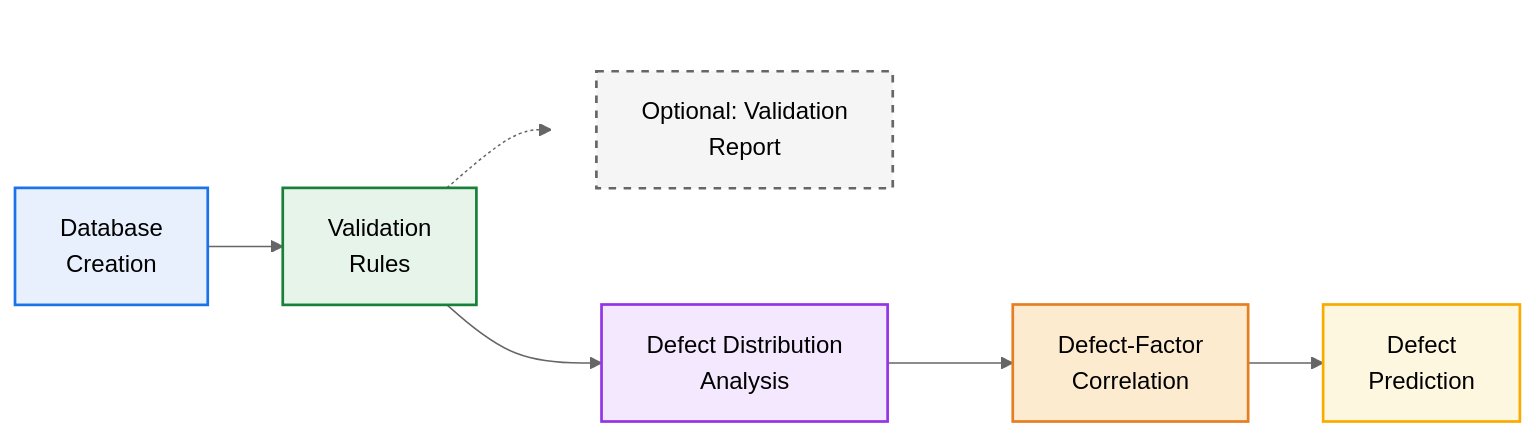
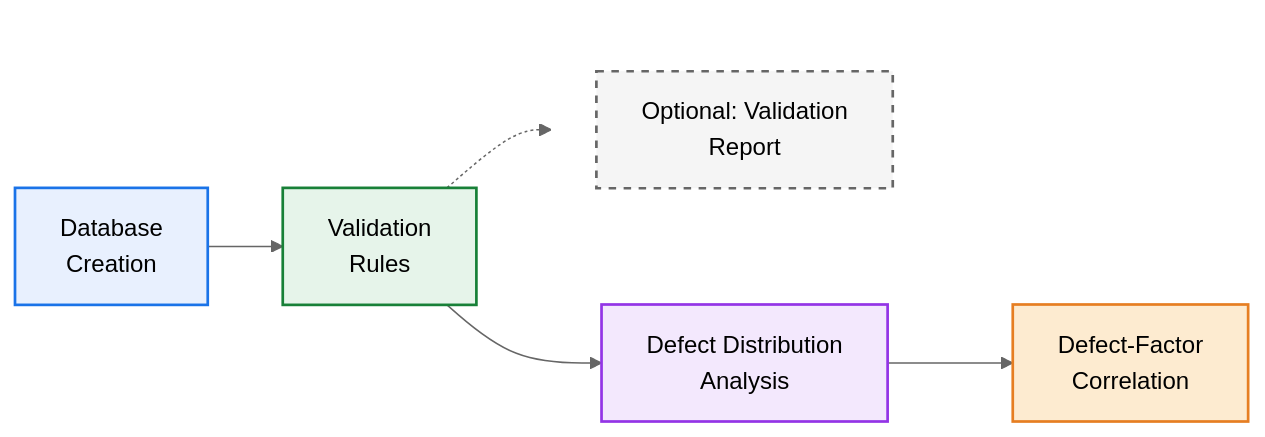
Before and after one commit to SewerDefectAnalysis/.github: the diagram in profile/README.md, drawn with Mermaid (neutral theme).

````diff
--- a/profile/README.md
+++ b/profile/README.md
@@ -2,34 +2,29 @@
 ```mermaid
 %%{init: {'flowchart': {'nodeSpacing': 40, 'rankSpacing': 50}}}%%
 flowchart LR
 
     A[Database<br/>Creation]:::data --> B[Validation<br/>Rules]:::validation
     B --> D[Defect Distribution<br/>Analysis]:::analysis
     D --> E[Defect-Factor<br/>Correlation]:::analysisP2
-    E --> F[Defect<br/>Prediction]:::prediction
+
 
     %% Optional branch BELOW
     subgraph optional_branch[ ]
         direction TB
         C[Optional: Validation<br/>Report]:::optional
     end
     style optional_branch fill:none,stroke:none
     B -.-> C
 
     %% Click links
     click A "https://github.com/SewerDefectAnalysis/Database_Structure"
-    click B "https://github.com/SewerDefectAnalysis/Database_Structure"
-    click C "https://github.com/SewerDefectAnalysis/Database_Structure"
-    click D "https://github.com/SewerDefectAnalysis/Database_Structure"
-    click E "https://github.com/SewerDefectAnalysis/Database_Structure"
-    click F "https://github.com/SewerDefectAnalysis/Database_Structure"
 
     %% Styles
     classDef data fill:#E8F0FE,stroke:#1A73E8,stroke-width:1.8px
     classDef validation fill:#E6F4EA,stroke:#188038,stroke-width:1.8px
     classDef analysis fill:#F3E8FD,stroke:#9334E6,stroke-width:1.8px
     classDef analysisP2 fill:#FDEBD0,stroke:#E67E22,stroke-width:1.8px
     classDef prediction fill:#FEF7E0,stroke:#F9AB00,stroke-width:1.8px
     classDef optional fill:#F5F5F5,stroke:#666666,stroke-width:1.8px,stroke-dasharray: 5 5
 
 ```
````
